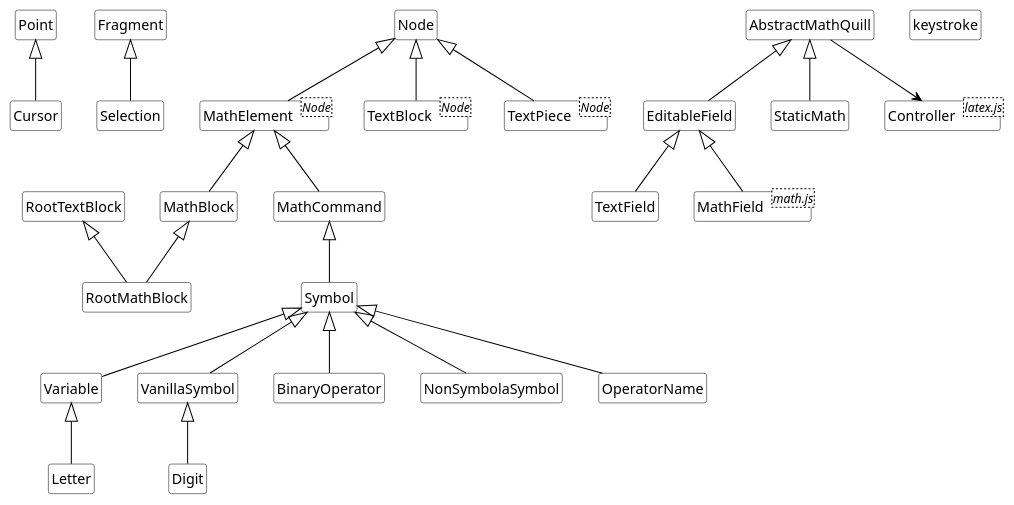
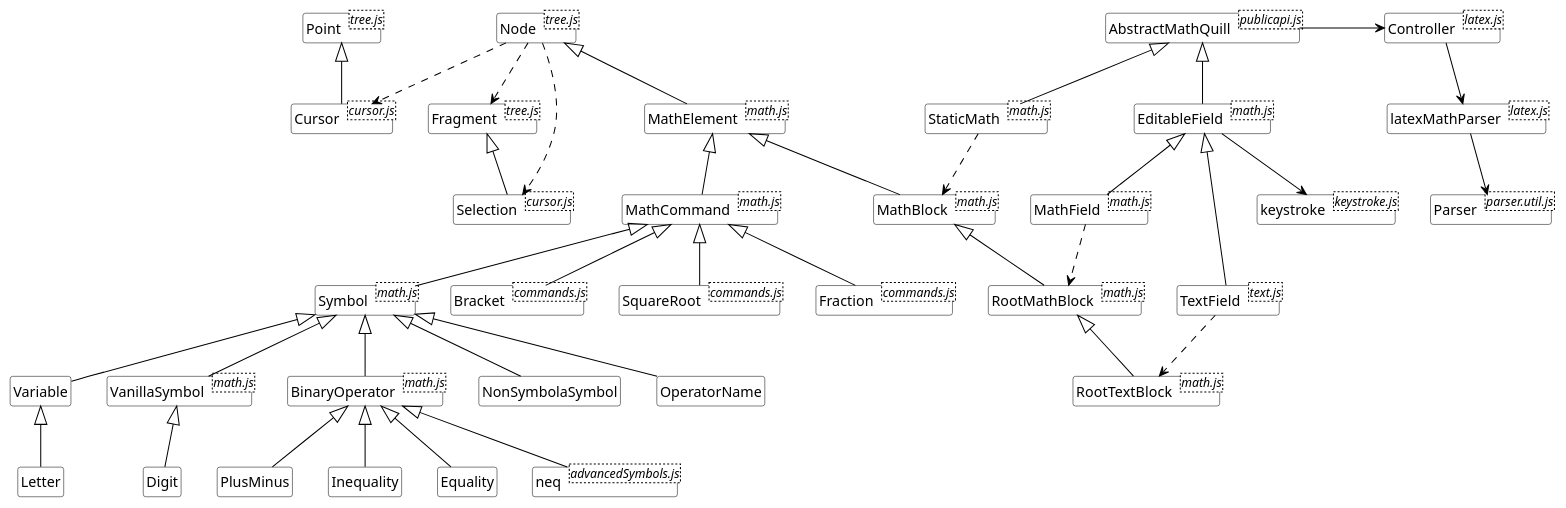
Before and after one commit to urneo/mathquill: the diagram in docs/mathquill.puml, drawn with PlantUML. The commit also changed 1 other file, not shown here.

```diff
--- a/docs/mathquill.puml
+++ b/docs/mathquill.puml
@@ -1,122 +1,198 @@
 @startuml
 skinparam classBackgroundColor White
 skinparam classArrowColor Black
 skinparam classBorderColor Black
 skinparam stereotypeCBackgroundColor Gray
 
 hide circle
 hide members
 
 Node <|-- MathElement
-Node <|-- TextBlock
-Node <|-- TextPiece
+' Node <|-- TextBlock
+' Node <|-- TextPiece
 
 Digit -u-|> VanillaSymbol
 
 MathCommand -u-|> MathElement
 MathBlock -u-|> MathElement
 RootMathBlock -u-|> MathBlock
-RootMathBlock -u-|> RootTextBlock
+RootTextBlock -u-|> RootMathBlock
 Symbol -u-|> MathCommand
 Symbol <|-- Variable
 Symbol <|-- VanillaSymbol
 Symbol <|-- BinaryOperator
 Symbol <|-- NonSymbolaSymbol
 Symbol <|-- OperatorName
 
+MathCommand <|-- Bracket
+MathCommand <|-- SquareRoot
+MathCommand <|-- Fraction
+
+BinaryOperator <|-- PlusMinus
+BinaryOperator <|-- Inequality
+BinaryOperator <|-- Equality
+BinaryOperator <|-- neq
+
 TextField -u-|> EditableField
 MathField -u-|> EditableField
 EditableField -u-|> AbstractMathQuill
+EditableField --> keystroke
 StaticMath -u-|> AbstractMathQuill
-AbstractMathQuill --> Controller
+AbstractMathQuill -r-> Controller
+Controller --> latexMathParser
+latexMathParser --> Parser
 
 Letter -u-|> Variable
 
 Selection -u-|> Fragment
 Cursor -u-|> Point
+Node ..> Selection
+Node ..> Fragment
+Node ..> Cursor
 
-class MathElement <Node>
-class TextBlock <Node>
-class TextPiece <Node>
+class Bracket <commands.js>
+class SquareRoot <commands.js>
+class Fraction <commands.js>
 
-class AbstractMathQuill {
+class neq <advancedSymbols.js>
+
+class Node <tree.js>
+class Fragment <tree.js>
+class Point <tree.js>
+class Cursor <cursor.js>
+class Selection <cursor.js>
+
+class AbstractMathQuill <publicapi.js> {
     config (opts)
     el()
     text()
     latex(latex)
     html()
     reflow()
+    revert()
 }
 
-class EditableField {
+class EditableField <math.js> {
     focus()
     blur()
     write (latex)
-    cmd (cmd)
+    cmd (latex)
     select()
     clearSelection()
+    ..
     moveToDirEnd (dir)
     moveToLeftEnd()
     moveToRightEnd()
+    ..
     keystroke (key)
     typedText (text)
     dropEmbedded (pageX, pageY, options)
     clickAt (clientX, clientY, target)
     ignoreNextMousedown (fn)
 }
 
+class RootTextBlock <math.js> {
+    keystroke (key)
+}
+
 class MathField <math.js> {
+    -RootBlock : RootMathBlock
     exportLatex()
     renderLatexMath (latex)
     renderLatexText (latex)
 
 }
+
+class StaticMath <math.js> {
+    -RootBlock : MathBlock
+    +init()
+    +latex()
+}
+
+class TextField <text.js> {
+    -RootBlock : RootTextBlock
+}
+
+MathField ..> RootMathBlock
+StaticMath ..> MathBlock
+TextField ..> RootTextBlock
 
 class Controller <latex.js> {
     writeLatex （latex)
     renderLatexMath (latex)
     renderLatexText (latex)
 }
 
-class keystroke {
+' -------------------------------------------
+class MathElement <math.js>
+class RootMathBlock <math.js>
+class MathCommand <math.js>
+class BinaryOperator <math.js>
+class VanillaSymbol <math.js>
+class Symbol <math.js>
+class latexMathParser <latex.js>
+class Parser <parser.util.js>
+
+class MathBlock <math.js> {
+    -join(methodName)
+    +html()
+    +latex()
+    +text()
+    +keystroke(key, e, ctrlr)
+    +moveOutOf(dir, cursor, updown)
+    +selectOutOf(dir, cursor)
+    +deleteOutOf(dir, cursor)
+    +seek(pageX, cursor)
+    +chToCmd(ch, options)
+    +write(curor, cb)
+    +focus()
+    +blur()
+}
+
+class keystroke <keystroke.js> {
     +backspace()
     +deleteForward()
     -deleteDir (dir)
     -ctrlDeleteDir (dir)
     +moveLeft()
     +moveRight()
     -moveDir (dir)
     +moveUp()
     +moveDown()
     -moveUpDown (self, dir)
 }
 
-class TextBlock {
-    replaces (replacedText)
-    createLeftOf (cursor)
-    parser ()
-    textContents ()
-    moveTowards (dir, cursor)
-    moveOutOf (dir, cursor)
-    selectOutOf (dir, cursor)
-    deleteOutOf (dir, cursor)
-    write (cursor, ch)
-    seek (pageX, cursor)
-    blur (cursor)
+' class TextBlock <Node>
+' class TextPiece <Node>
+' LatexCommandInput --> TextBlock
+' TextBlock --> TextPiece
+' TextBlock ..> Point
 
-}
+' class TextBlock <Node> {
+'     replaces (replacedText)
+'     createLeftOf (cursor)
+'     parser ()
+'     textContents ()
+'     moveTowards (dir, cursor)
+'     moveOutOf (dir, cursor)
+'     selectOutOf (dir, cursor)
+'     deleteOutOf (dir, cursor)
+'     write (cursor, ch)
+'     seek (pageX, cursor)
+'     blur (cursor)
 
-class TextPiece {
-    init (text)
-    appendText (text)
-    prependText (text)
-    insTextAtDirEnd (text, dir)
-    splitRight (i)
-    moveTowards (dir, cursor)
-    deleteTowards (dir, cursor)
-    selectTowards (dir, cursor)
-    latex()
+' }
 
-}
+' class TextPiece <Node> {
+'     init (text)
+'     appendText (text)
+'     prependText (text)
+'     insTextAtDirEnd (text, dir)
+'     splitRight (i)
+'     moveTowards (dir, cursor)
+'     deleteTowards (dir, cursor)
+'     selectTowards (dir, cursor)
+'     latex()
+' }
 
 @enduml
```
